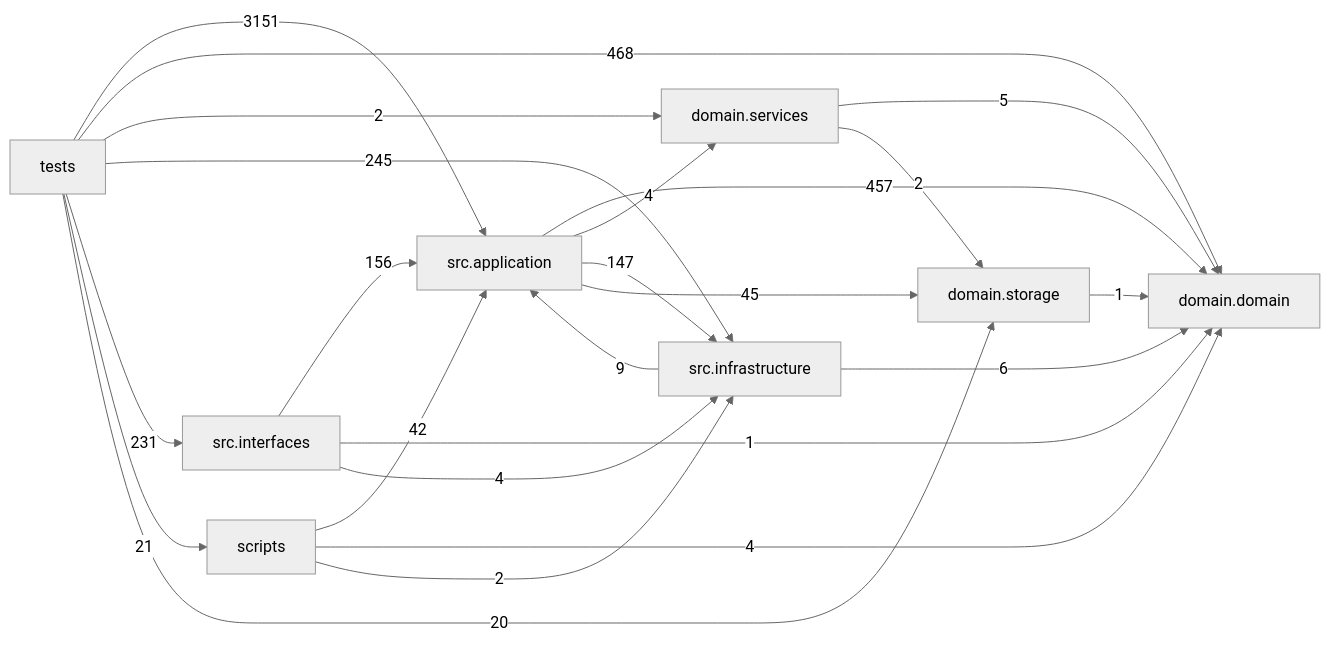
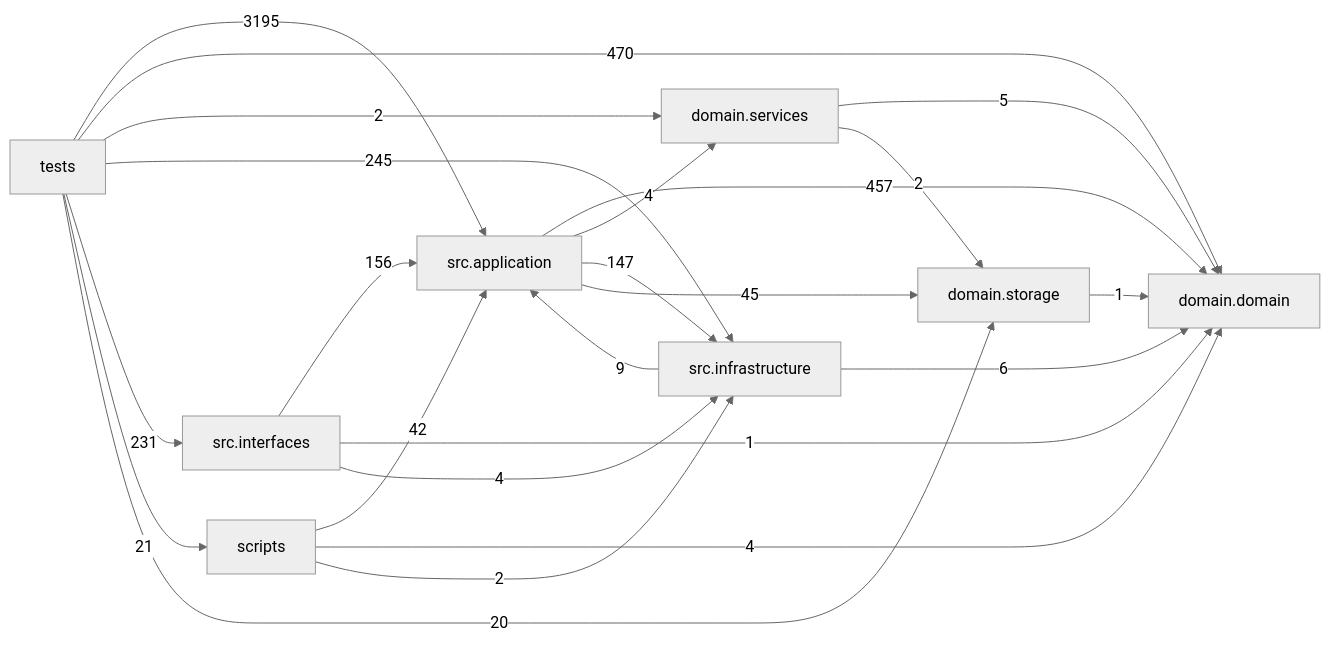
One commit to liuxie066/options-monitor changed the diagram in docs/DEPENDENCY_GRAPH.md. Above: the diagram before and after it, drawn with Mermaid (neutral theme). The commit also changed other lines of this file and 2 other files, not shown here.

Commit message:
fix(wheel): refresh dependency graph and keep ledger repository facade thin

````diff
--- a/docs/DEPENDENCY_GRAPH.md
+++ b/docs/DEPENDENCY_GRAPH.md
@@ -25,33 +24,33 @@
 ```mermaid
 flowchart LR
   tests["tests"]
   scripts["scripts"]
   interfaces["src.interfaces"]
   application["src.application"]
   infrastructure["src.infrastructure"]
   domain_services["domain.services"]
   domain["domain.domain"]
   storage["domain.storage"]
   application -->|457| domain
   application -->|4| domain_services
   application -->|147| infrastructure
   application -->|45| storage
   domain_services -->|5| domain
   domain_services -->|2| storage
   infrastructure -->|9| application
   infrastructure -->|6| domain
   interfaces -->|156| application
   interfaces -->|1| domain
   interfaces -->|4| infrastructure
   scripts -->|42| application
   scripts -->|4| domain
   scripts -->|2| infrastructure
   storage -->|1| domain
-  tests -->|3151| application
-  tests -->|468| domain
+  tests -->|3195| application
+  tests -->|470| domain
   tests -->|2| domain_services
   tests -->|245| infrastructure
   tests -->|231| interfaces
   tests -->|21| scripts
   tests -->|20| storage
 ```
````
